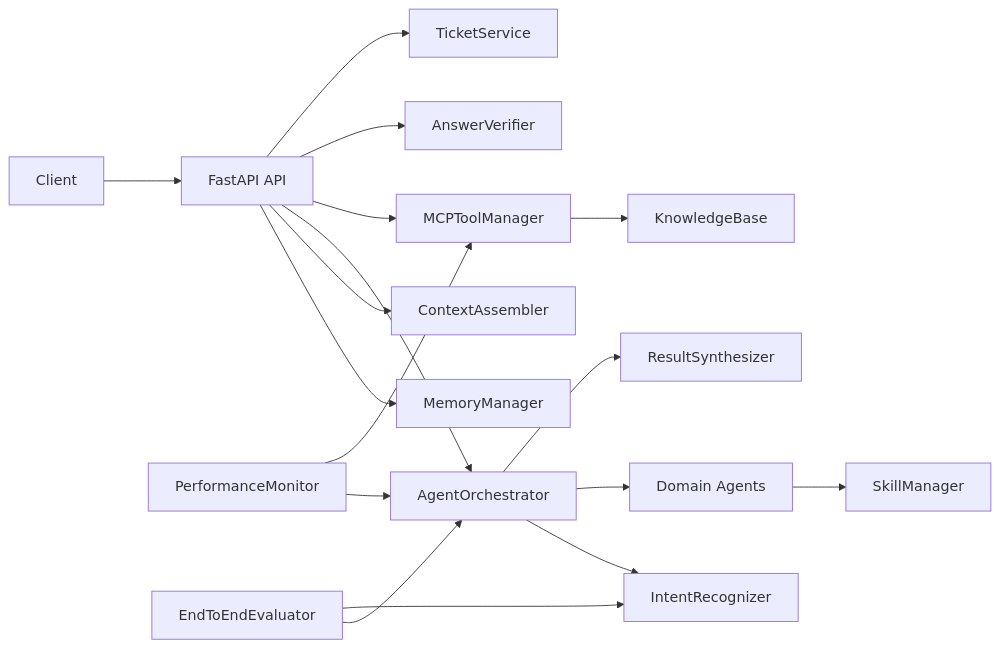
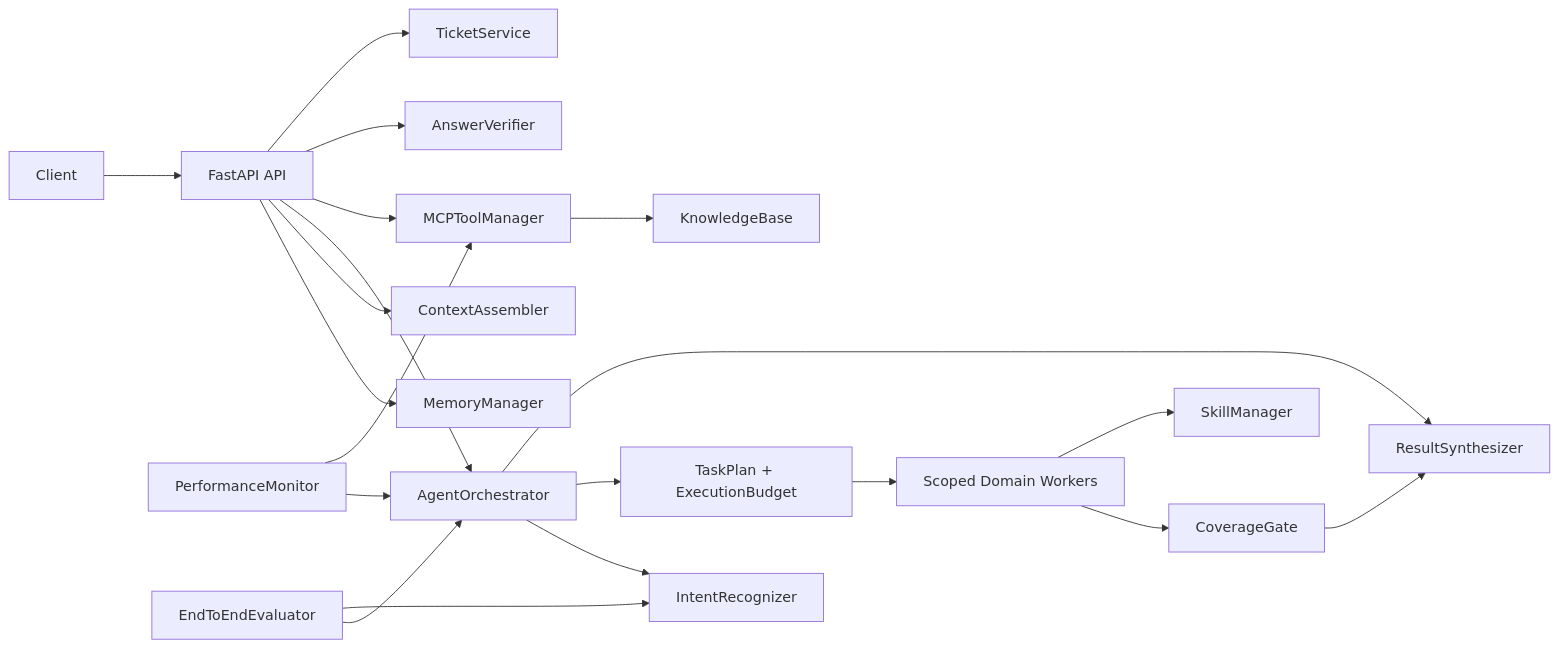
The first of 5 diagrams in docs/full-architecture-tutorial.zh-CN.md (Garrulus21yyx/DialogPilot), drawn with Mermaid before and after one commit. The commit also changed other lines of this file and 8 other files, not shown here.

Commit message:
docs: publish task-aware multi-agent architecture guide

````diff
--- a/docs/full-architecture-tutorial.zh-CN.md
+++ b/docs/full-architecture-tutorial.zh-CN.md
@@ -103,19 +105,22 @@
 ```mermaid
 flowchart LR
     Client --> API[FastAPI API]
     API --> Memory[MemoryManager]
     API --> Context[ContextAssembler]
     API --> Orchestrator[AgentOrchestrator]
     API --> Tool[MCPToolManager]
     API --> Verifier[AnswerVerifier]
     API --> Ticket[TicketService]
     Orchestrator --> Intent[IntentRecognizer]
-    Orchestrator --> Agents[Domain Agents]
+    Orchestrator --> Plan[TaskPlan + ExecutionBudget]
+    Plan --> Agents[Scoped Domain Workers]
     Orchestrator --> Synth[ResultSynthesizer]
+    Agents --> Coverage[CoverageGate]
+    Coverage --> Synth
     Agents --> Skills[SkillManager]
     Tool --> KB[KnowledgeBase]
     Monitor[PerformanceMonitor] --> Orchestrator
     Monitor --> Tool
     Eval[EndToEndEvaluator] --> Orchestrator
     Eval --> Intent
 ```
````
